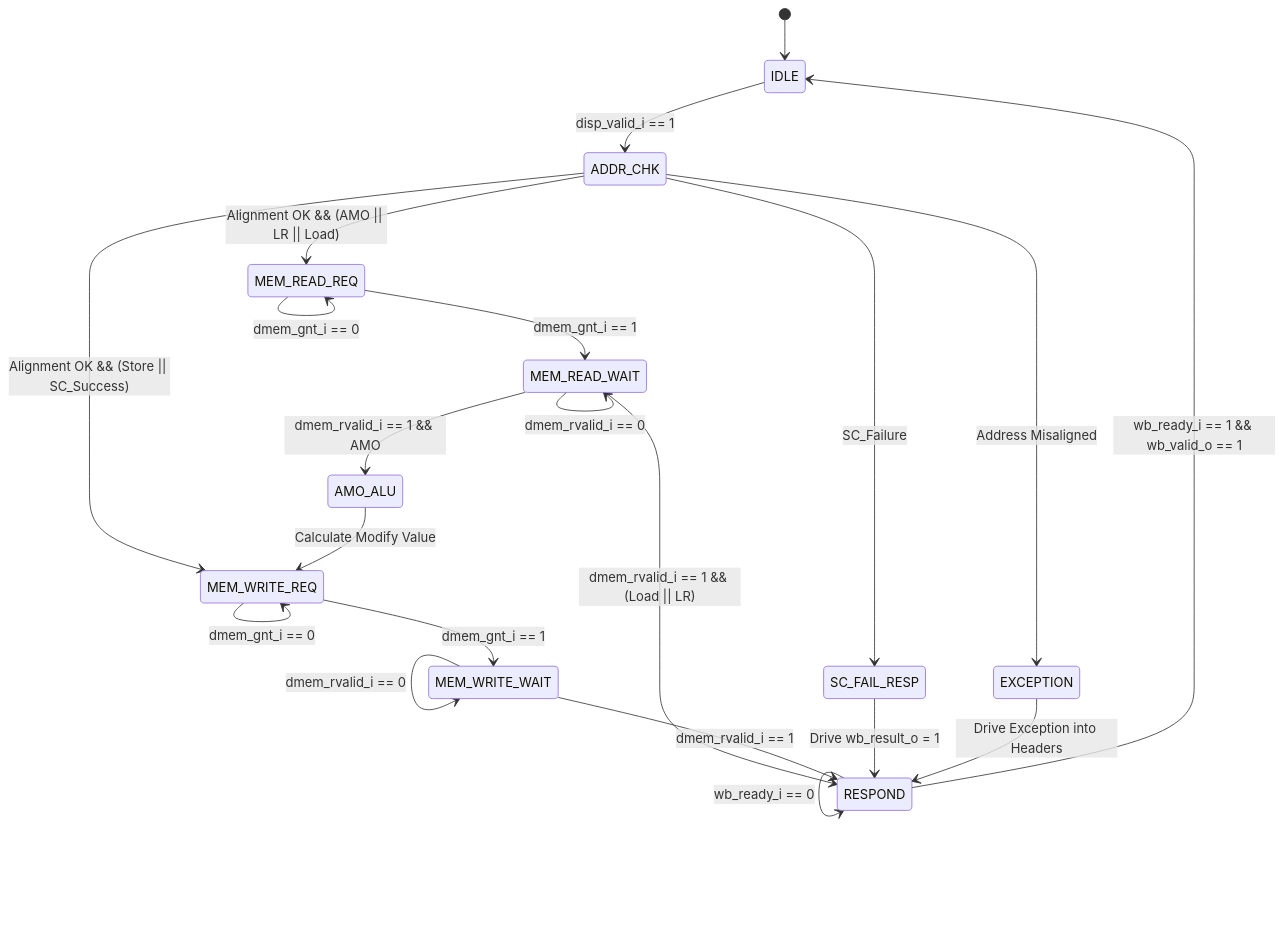
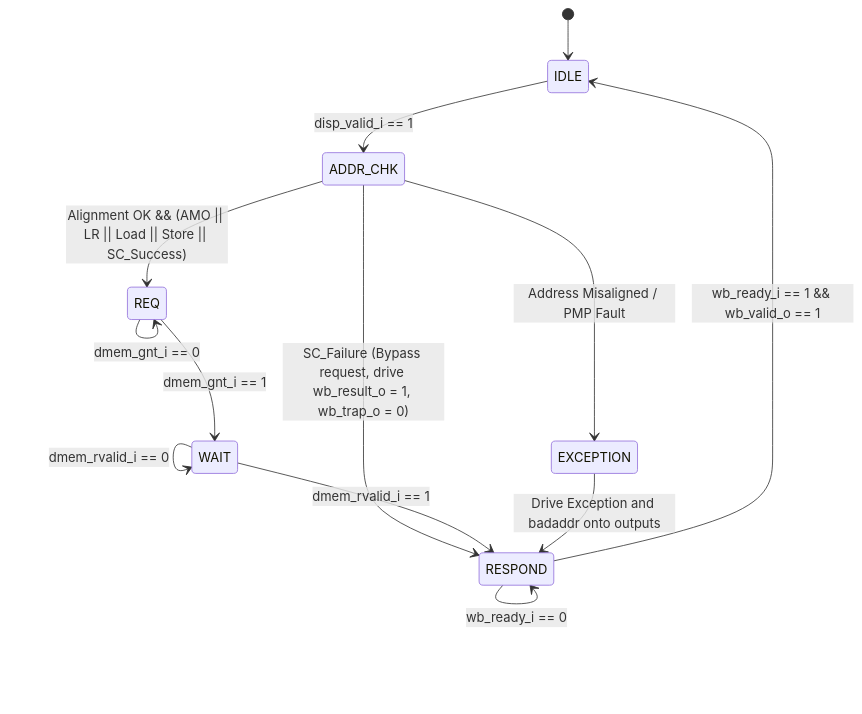
The diagram in docs/uarch/execute/lso_amo.md (AGH-Logic-Unit/pv-crab-core), drawn with Mermaid before and after one commit. The commit also changed other lines of this file and 1 other file, not shown here.

Commit message:
docs: move AMO to cache

````diff
--- a/docs/uarch/execute/lso_amo.md
+++ b/docs/uarch/execute/lso_amo.md
@@ -116,33 +134,21 @@
 ```mermaid
 stateDiagram-v2
     [*] --> IDLE
 
     IDLE --> ADDR_CHK : disp_valid_i == 1
 
-    ADDR_CHK --> EXCEPTION : Address Misaligned
-    ADDR_CHK --> MEM_READ_REQ : Alignment OK && (AMO || LR || Load)
-    ADDR_CHK --> MEM_WRITE_REQ : Alignment OK && (Store || SC_Success)
-    ADDR_CHK --> SC_FAIL_RESP : SC_Failure
+    ADDR_CHK --> EXCEPTION : Address Misaligned / PMP Fault
+    ADDR_CHK --> REQ : Alignment OK && (AMO || LR || Load || Store || SC_Success)
+    ADDR_CHK --> RESPOND : SC_Failure (Bypass request, drive wb_result_o = 1, wb_trap_o = 0)
 
-    MEM_READ_REQ --> MEM_READ_WAIT : dmem_gnt_i == 1
-    MEM_READ_REQ --> MEM_READ_REQ : dmem_gnt_i == 0
+    REQ --> WAIT : dmem_gnt_i == 1
+    REQ --> REQ : dmem_gnt_i == 0
 
-    MEM_READ_WAIT --> AMO_ALU : dmem_rvalid_i == 1 && AMO
-    MEM_READ_WAIT --> RESPOND : dmem_rvalid_i == 1 && (Load || LR)
-    MEM_READ_WAIT --> MEM_READ_WAIT : dmem_rvalid_i == 0
+    WAIT --> RESPOND : dmem_rvalid_i == 1
+    WAIT --> WAIT : dmem_rvalid_i == 0
 
-    AMO_ALU --> MEM_WRITE_REQ : Calculate Modify Value
-
-    MEM_WRITE_REQ --> MEM_WRITE_WAIT : dmem_gnt_i == 1
-    MEM_WRITE_REQ --> MEM_WRITE_REQ : dmem_gnt_i == 0
-
-    MEM_WRITE_WAIT --> RESPOND : dmem_rvalid_i == 1
-    MEM_WRITE_WAIT --> MEM_WRITE_WAIT : dmem_rvalid_i == 0
-
-    SC_FAIL_RESP --> RESPOND : Drive wb_result_o = 1
-
-    EXCEPTION --> RESPOND : Drive Exception into Headers
+    EXCEPTION --> RESPOND : Drive Exception and badaddr onto outputs
 
     RESPOND --> IDLE : wb_ready_i == 1 && wb_valid_o == 1
     RESPOND --> RESPOND : wb_ready_i == 0
 ```
````
